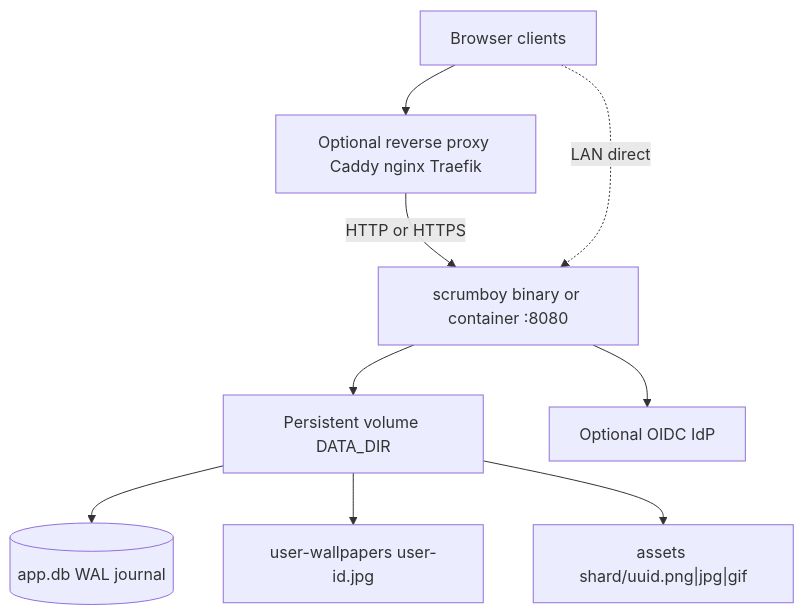
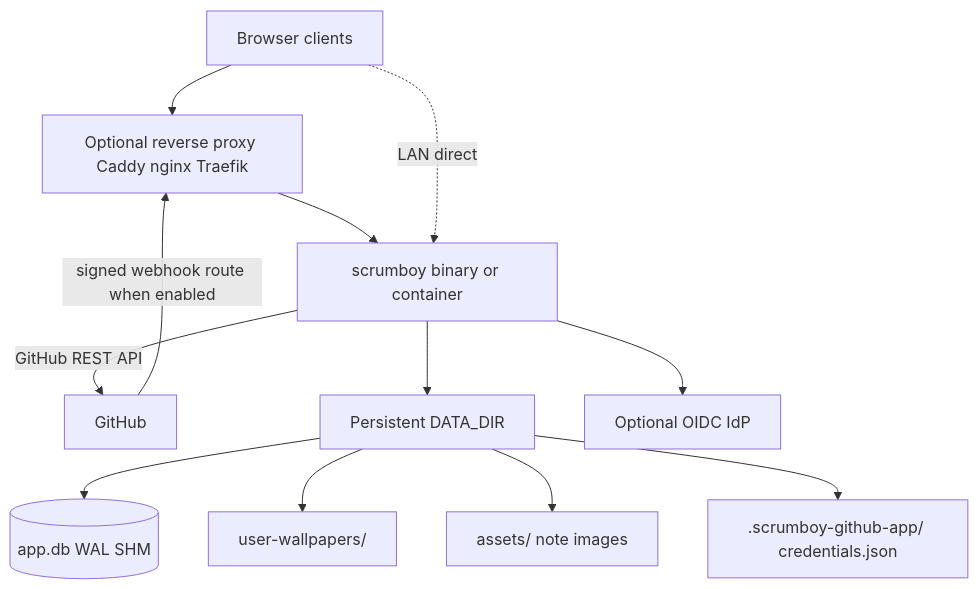
The first of 3 diagrams in docs/diagrams/scrumboy_deployment_ops.md (markrai/scrumboy), drawn with Mermaid before and after one commit. The commit also changed other lines of this file and 189 other files, not shown here.

````diff
--- a/docs/diagrams/scrumboy_deployment_ops.md
+++ b/docs/diagrams/scrumboy_deployment_ops.md
@@ -7,20 +7,24 @@
 ```mermaid
 flowchart TB
   User[Browser clients]
+  GitHub[GitHub]
   Proxy[Optional reverse proxy Caddy nginx Traefik]
-  App[scrumboy binary or container :8080]
-  Vol["Persistent volume DATA_DIR"]
-  DB[(app.db WAL journal)]
-  Wallpapers["user-wallpapers user-id.jpg"]
-  Assets["assets shard/uuid.png|jpg|gif"]
+  App[scrumboy binary or container]
+  Vol["Persistent DATA_DIR"]
+  DB[(app.db WAL SHM)]
+  Wallpapers["user-wallpapers/"]
+  Assets["assets/ note images"]
+  GHCreds[".scrumboy-github-app/ credentials.json"]
   IdP[Optional OIDC IdP]
 
-  User --> Proxy
-  Proxy -->|HTTP or HTTPS| App
+  User --> Proxy --> App
   User -.->|LAN direct| App
+  GitHub -->|signed webhook route when enabled| Proxy
+  App -->|GitHub REST API| GitHub
   App --> Vol
   Vol --> DB
   Vol --> Wallpapers
   Vol --> Assets
+  Vol --> GHCreds
   App --> IdP
 ```
````
